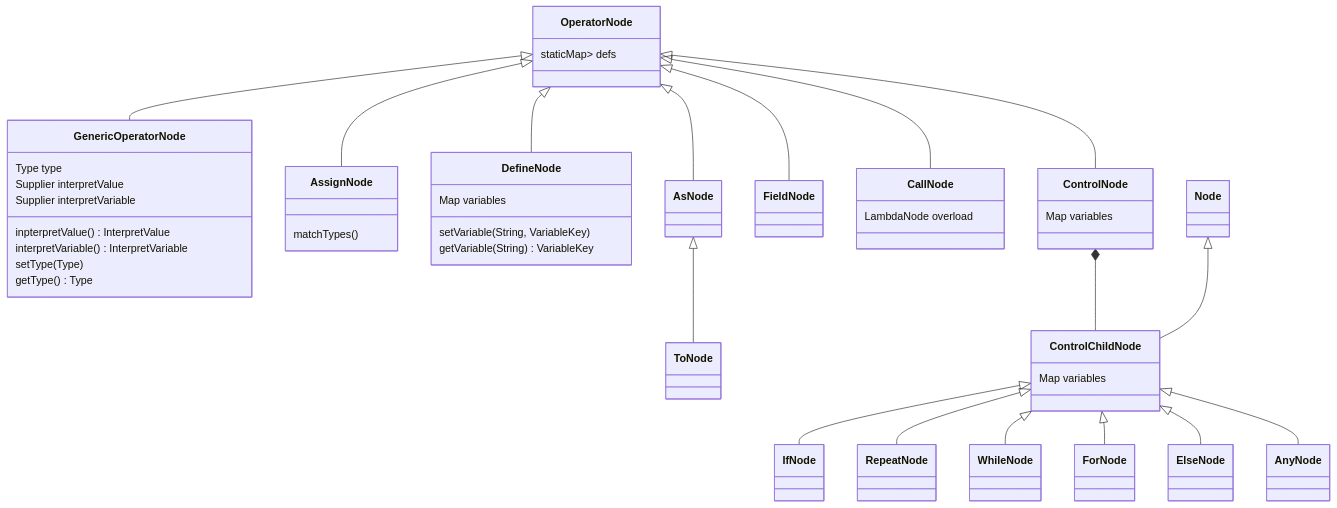
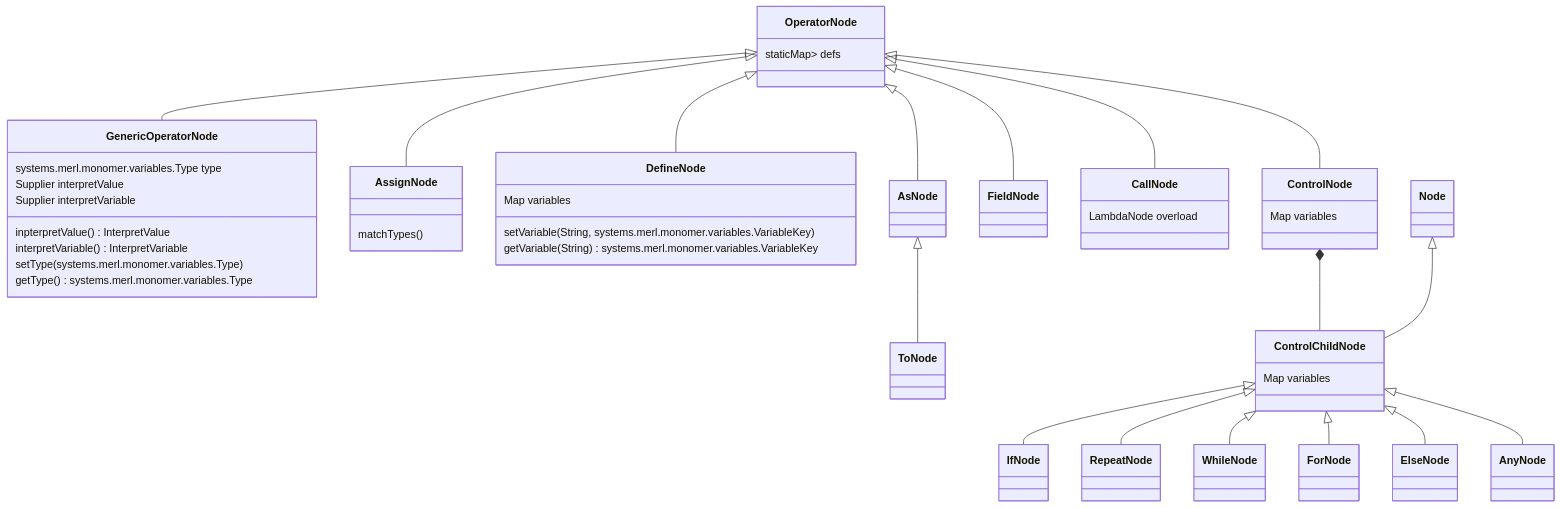
Before and after one commit to Jzhyang1/Monomer: the third of 8 diagrams in Implementation.md, drawn with Mermaid. The commit also changed other lines of this file and 68 other files, not shown here.

````diff
--- a/Implementation.md
+++ b/Implementation.md
@@ -165,41 +165,41 @@
 ```mermaid
 classDiagram
 OperatorNode <|-- GenericOperatorNode
 OperatorNode <|-- AssignNode
 OperatorNode <|-- DefineNode
 OperatorNode <|-- AsNode
 AsNode <|-- ToNode
 OperatorNode <|-- FieldNode
 OperatorNode <|-- CallNode
 OperatorNode <|-- ControlNode
 ControlNode *-- ControlChildNode
 Node <|-- ControlChildNode
 ControlChildNode <|-- IfNode
 ControlChildNode <|-- RepeatNode
 ControlChildNode <|-- WhileNode
 ControlChildNode <|-- ForNode
 ControlChildNode <|-- ElseNode
 ControlChildNode <|-- AnyNode
 
 OperatorNode: staticMap<String,Supplier<OperatorNode>> defs
 
-GenericOperatorNode: Type type
+GenericOperatorNode: systems.merl.monomer.variables.Type type
 GenericOperatorNode: Supplier<InterpretValue> interpretValue
 GenericOperatorNode: Supplier<InterpretVariable> interpretVariable
 GenericOperatorNode: inpterpretValue() InterpretValue
 GenericOperatorNode: interpretVariable() InterpretVariable
-GenericOperatorNode: setType(Type)
-GenericOperatorNode: getType() Type
+GenericOperatorNode: setType(systems.merl.monomer.variables.Type)
+GenericOperatorNode: getType() systems.merl.monomer.variables.Type
 
 AssignNode: matchTypes()
 
-DefineNode: Map<String,VariableKey> variables
-DefineNode: setVariable(String, VariableKey)
-DefineNode: getVariable(String) VariableKey
+DefineNode: Map<String,systems.merl.monomer.variables.VariableKey> variables
+DefineNode: setVariable(String, systems.merl.monomer.variables.VariableKey)
+DefineNode: getVariable(String) systems.merl.monomer.variables.VariableKey
 
-ControlNode: Map<String,VariableKey> variables
+ControlNode: Map<String,systems.merl.monomer.variables.VariableKey> variables
 
 CallNode: LambdaNode overload
 
-ControlChildNode: Map<String,VariableKey> variables
+ControlChildNode: Map<String,systems.merl.monomer.variables.VariableKey> variables
 ```
````
